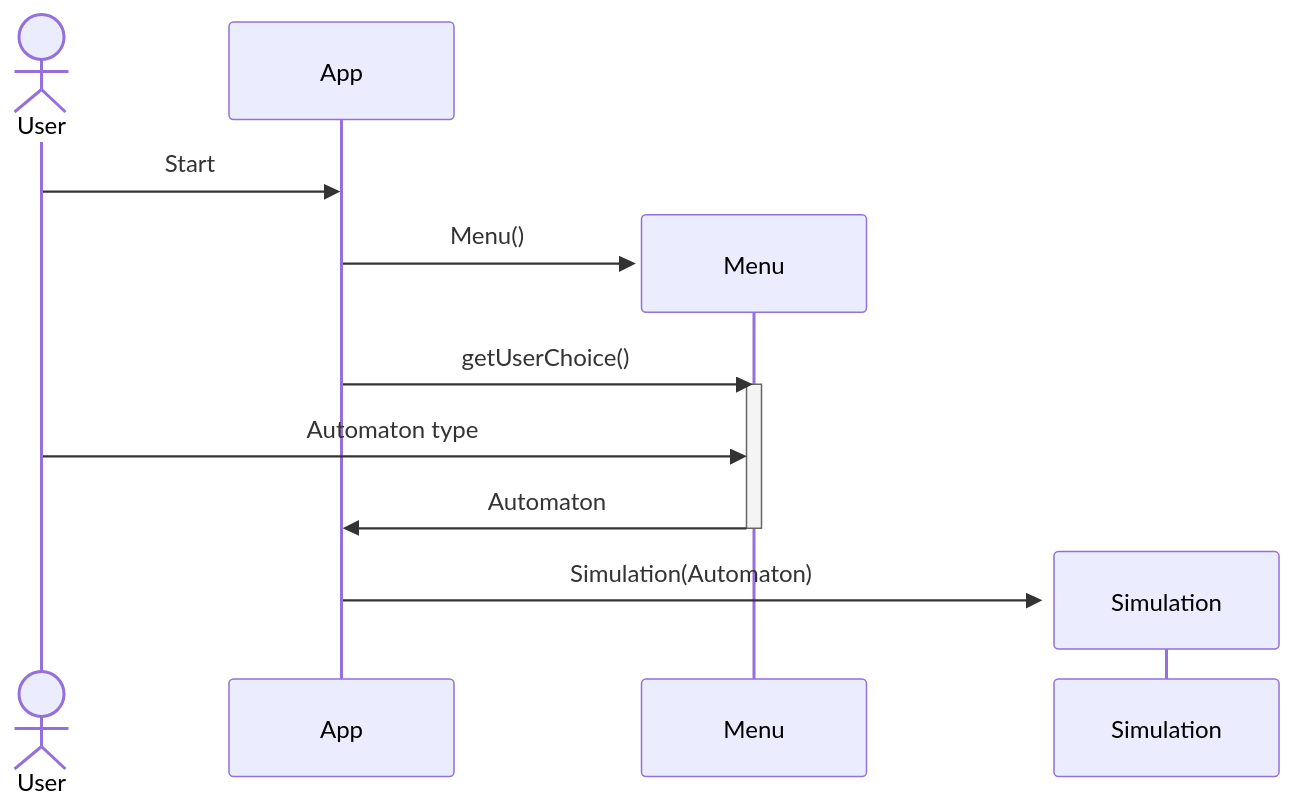
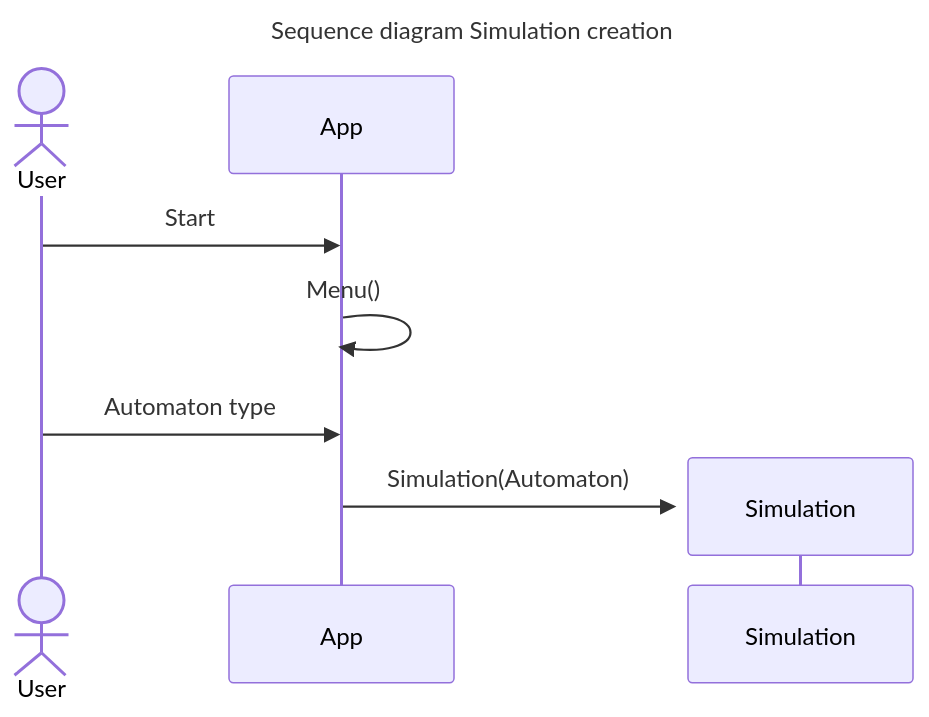
The diagram in doc/uml/sequenceDiagram.md (rrrroo/APO_Automates), drawn with Mermaid before and after one commit.

Commit message:
Menu() dans App au lieu de Menu

````diff
--- a/doc/uml/sequenceDiagram.md
+++ b/doc/uml/sequenceDiagram.md
@@ -1,16 +1,12 @@
 ```mermaid
 sequenceDiagram
+    title Sequence diagram Simulation creation
     actor User
     participant App
 
     User->> App: Start
-    create participant Menu
-    App ->> Menu: Menu()
-    App ->> Menu: getUserChoice()
-    activate Menu
-    User ->> Menu: Automaton type
-    Menu ->> App: Automaton
-    deactivate Menu
+    App ->> App: Menu()
+    User ->> App: Automaton type
     create participant Simulation
     App ->>+ Simulation: Simulation(Automaton)
 ```
````
